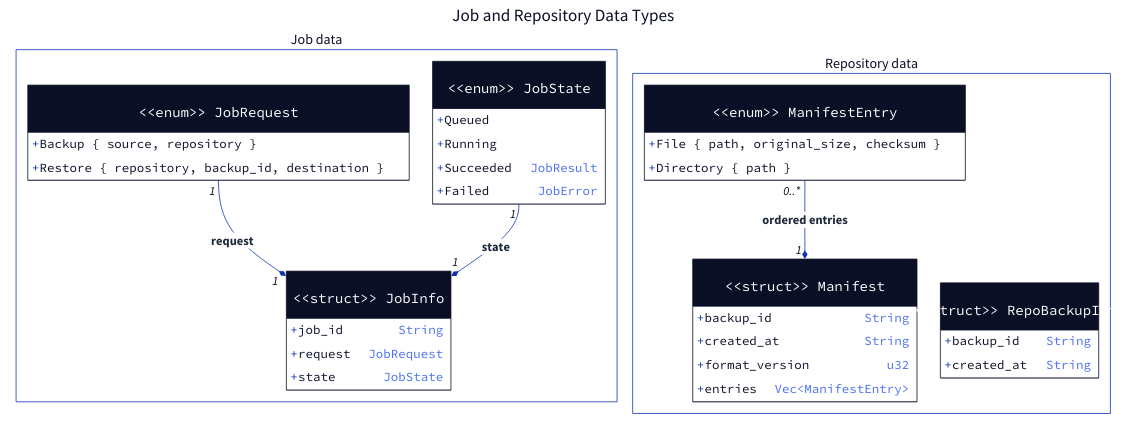
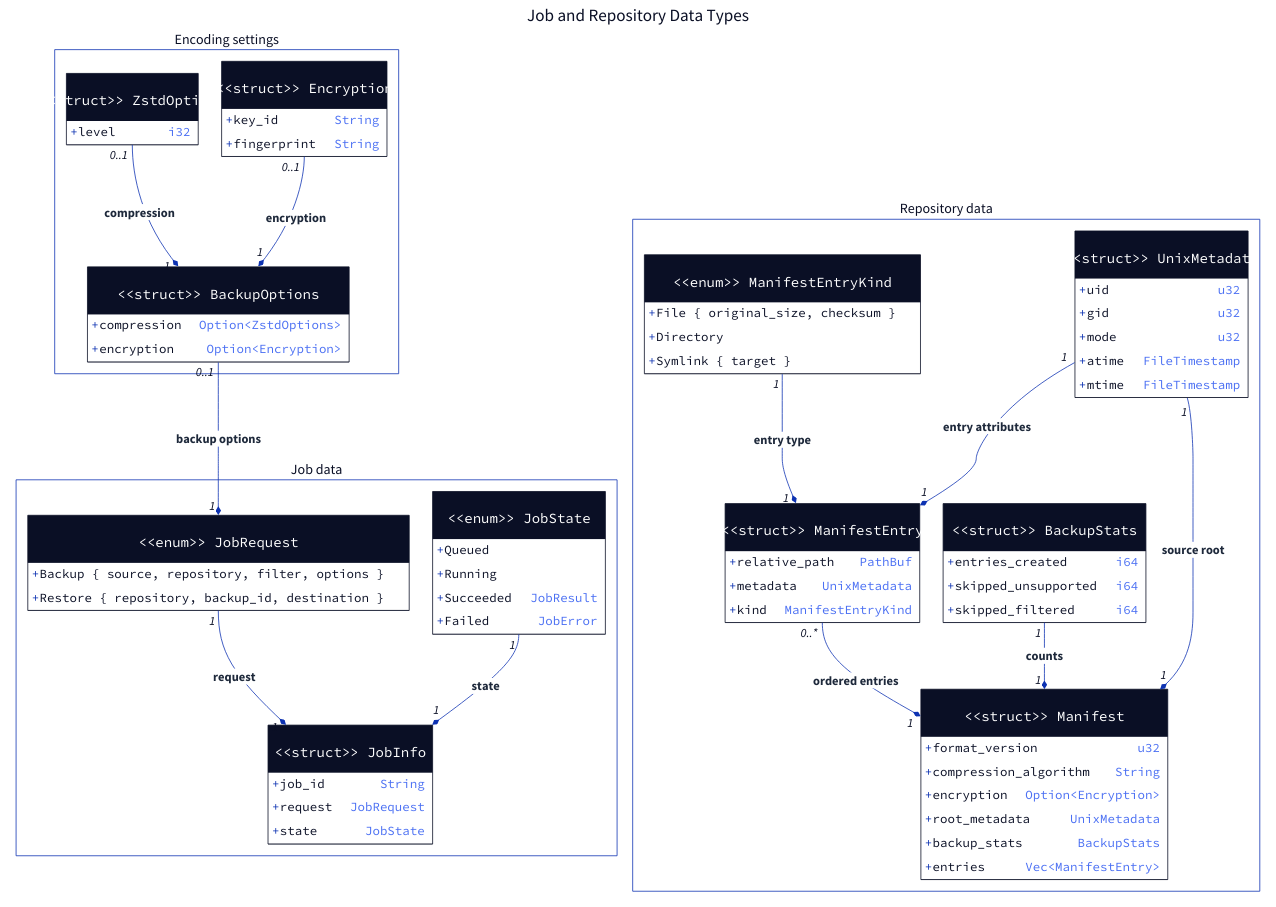
Before and after one commit to qi7876/software-development-exp: the diagram in docs/report/generated/system-class-domain.d2, drawn with D2. The commit also changed 26 other files, not shown here.

First line of the commit message:
docs: align course report with current architecture (#21)

```diff
--- a/docs/report/generated/system-class-domain.d2
+++ b/docs/report/generated/system-class-domain.d2
@@ -1,72 +1,150 @@
 # Generated from docs/report/model.yaml; do not edit directly.
 direction: down
 **.style.font-size: 32
 (** -> **)[*].style: {font-size: 32; bold: true; italic: false; font-color: "#1E293B"}
 (** -- **)[*].style: {font-size: 32; bold: true; italic: false; font-color: "#1E293B"}
 (** <- **)[*].style: {font-size: 32; bold: true; italic: false; font-color: "#1E293B"}
 diagram: "Job and Repository Data Types" {
   style.font-size: 44
   style.fill: white
   style.stroke: transparent
   package_0: "Job data" {
     style.font-size: 36
     style.fill: white
     JobInfo: "<<struct>>\nJobInfo" {
       shape: class
       "+ job_id": "String"
       "+ request": "JobRequest"
       "+ state": "JobState"
     }
     JobRequest: "<<enum>>\nJobRequest" {
       shape: class
-      "+ Backup { source, repository }"
+      "+ Backup { source, repository, filter, options }"
       "+ Restore { repository, backup_id, destination }"
     }
     JobState: "<<enum>>\nJobState" {
       shape: class
       "+ Queued"
       "+ Running"
       "+ Succeeded": "JobResult"
       "+ Failed": "JobError"
     }
   }
-  package_1: "Repository data" {
+  package_1: "Encoding settings" {
+    style.font-size: 36
+    style.fill: white
+    Options: "<<struct>>\nBackupOptions" {
+      shape: class
+      "+ compression": "Option<ZstdOptions>"
+      "+ encryption": "Option<Encryption>"
+    }
+    Zstd: "<<struct>>\nZstdOptions" {
+      shape: class
+      "+ level": "i32"
+    }
+    Encryption: "<<struct>>\nEncryption" {
+      shape: class
+      "+ key_id": "String"
+      "+ fingerprint": "String"
+    }
+  }
+  package_2: "Repository data" {
     style.font-size: 36
     style.fill: white
     Manifest: "<<struct>>\nManifest" {
       shape: class
-      "+ backup_id": "String"
-      "+ created_at": "String"
       "+ format_version": "u32"
+      "+ compression_algorithm": "String"
+      "+ encryption": "Option<Encryption>"
+      "+ root_metadata": "UnixMetadata"
+      "+ backup_stats": "BackupStats"
       "+ entries": "Vec<ManifestEntry>"
     }
-    Entry: "<<enum>>\nManifestEntry" {
+    Entry: "<<struct>>\nManifestEntry" {
       shape: class
-      "+ File { path, original_size, checksum }"
-      "+ Directory { path }"
+      "+ relative_path": "PathBuf"
+      "+ metadata": "UnixMetadata"
+      "+ kind": "ManifestEntryKind"
     }
-    Summary: "<<struct>>\nRepoBackupInfo" {
+    Kind: "<<enum>>\nManifestEntryKind" {
       shape: class
-      "+ backup_id": "String"
-      "+ created_at": "String"
+      "+ File { original_size, checksum }"
+      "+ Directory"
+      "+ Symlink { target }"
+    }
+    Metadata: "<<struct>>\nUnixMetadata" {
+      shape: class
+      "+ uid": "u32"
+      "+ gid": "u32"
+      "+ mode": "u32"
+      "+ atime": "FileTimestamp"
+      "+ mtime": "FileTimestamp"
+    }
+    Stats: "<<struct>>\nBackupStats" {
+      shape: class
+      "+ entries_created": "i64"
+      "+ skipped_unsupported": "i64"
+      "+ skipped_filtered": "i64"
     }
   }
   package_0.JobInfo <- package_0.JobRequest: "request" {
     source-arrowhead.label: "1"
     target-arrowhead.label: "1"
     source-arrowhead.shape: diamond
     source-arrowhead.style.filled: true
   }
   package_0.JobInfo <- package_0.JobState: "state" {
     source-arrowhead.label: "1"
     target-arrowhead.label: "1"
     source-arrowhead.shape: diamond
     source-arrowhead.style.filled: true
   }
-  package_1.Manifest <- package_1.Entry: "ordered entries" {
+  package_0.JobRequest <- package_1.Options: "backup options" {
+    source-arrowhead.label: "1"
+    target-arrowhead.label: "0..1"
+    source-arrowhead.shape: diamond
+    source-arrowhead.style.filled: true
+  }
+  package_1.Options <- package_1.Zstd: "compression" {
+    source-arrowhead.label: "1"
+    target-arrowhead.label: "0..1"
+    source-arrowhead.shape: diamond
+    source-arrowhead.style.filled: true
+  }
+  package_1.Options <- package_1.Encryption: "encryption" {
+    source-arrowhead.label: "1"
+    target-arrowhead.label: "0..1"
+    source-arrowhead.shape: diamond
+    source-arrowhead.style.filled: true
+  }
+  package_2.Manifest <- package_2.Entry: "ordered entries" {
     source-arrowhead.label: "1"
     target-arrowhead.label: "0..*"
     source-arrowhead.shape: diamond
     source-arrowhead.style.filled: true
   }
+  package_2.Manifest <- package_2.Metadata: "source root" {
+    source-arrowhead.label: "1"
+    target-arrowhead.label: "1"
+    source-arrowhead.shape: diamond
+    source-arrowhead.style.filled: true
+  }
+  package_2.Manifest <- package_2.Stats: "counts" {
+    source-arrowhead.label: "1"
+    target-arrowhead.label: "1"
+    source-arrowhead.shape: diamond
+    source-arrowhead.style.filled: true
+  }
+  package_2.Entry <- package_2.Metadata: "entry attributes" {
+    source-arrowhead.label: "1"
+    target-arrowhead.label: "1"
+    source-arrowhead.shape: diamond
+    source-arrowhead.style.filled: true
+  }
+  package_2.Entry <- package_2.Kind: "entry type" {
+    source-arrowhead.label: "1"
+    target-arrowhead.label: "1"
+    source-arrowhead.shape: diamond
+    source-arrowhead.style.filled: true
+  }
 }
```
